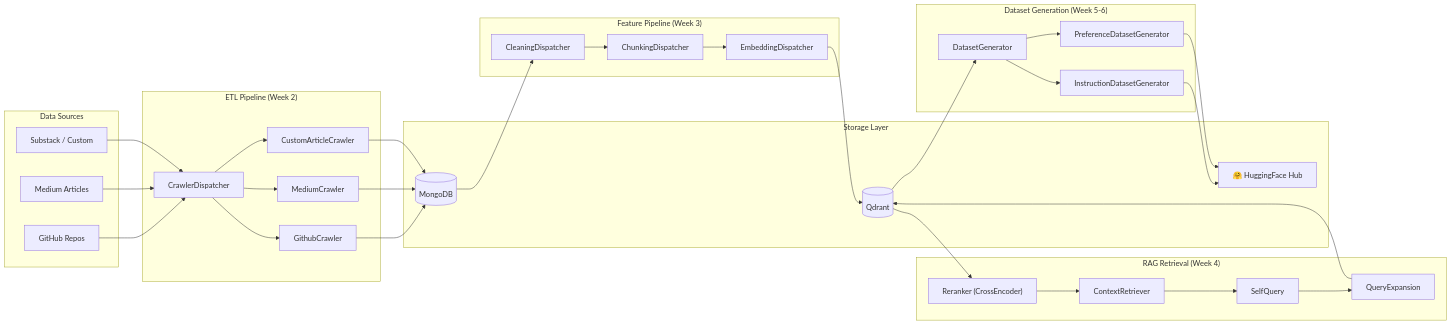
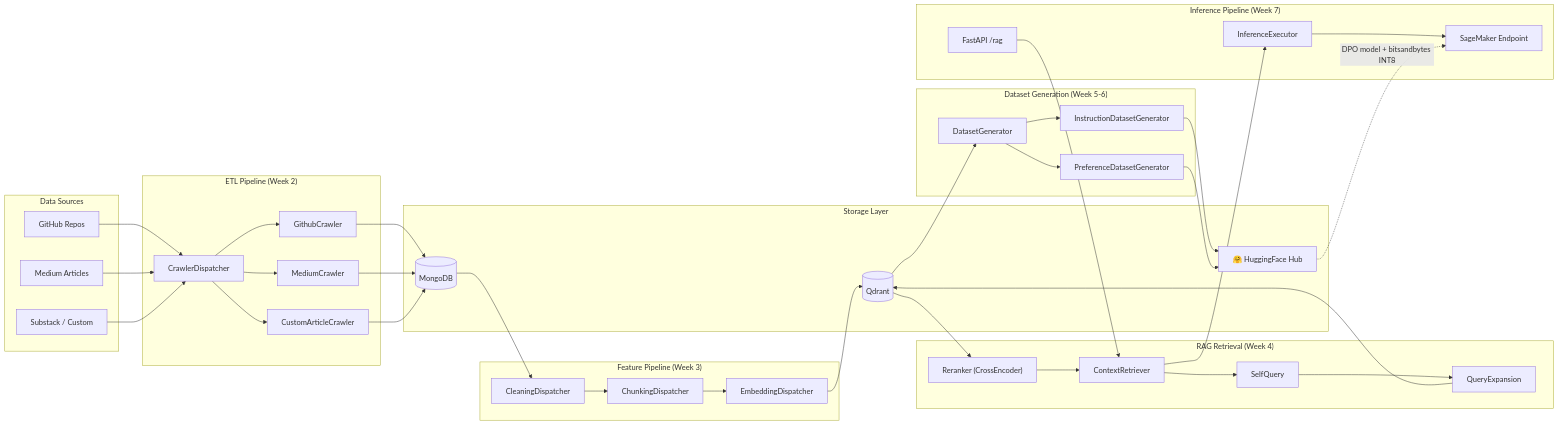
The first of 17 diagrams in README.md (sh-arka22/MoodSwarm-LLM), drawn with Mermaid before and after one commit. The commit also changed other lines of this file and 19 other files, not shown here.

First line of the commit message:
feat: add Week 7 Inference & Deployment curriculum with AWS Sagemaker

````diff
--- a/README.md
+++ b/README.md
@@ -23,53 +23,62 @@
 ```mermaid
 graph LR
     subgraph "Data Sources"
         GH["GitHub Repos"]
         MD["Medium Articles"]
         SS["Substack / Custom"]
     end
 
     subgraph "ETL Pipeline (Week 2)"
         D[CrawlerDispatcher]
         GC[GithubCrawler]
         MC[MediumCrawler]
         CC[CustomArticleCrawler]
     end
 
     subgraph "Feature Pipeline (Week 3)"
         Clean["CleaningDispatcher"]
         Chunk["ChunkingDispatcher"]
         Embed["EmbeddingDispatcher"]
     end
 
     subgraph "RAG Retrieval (Week 4)"
         CR["ContextRetriever"]
         SQ["SelfQuery"]
         QE["QueryExpansion"]
         RR["Reranker (CrossEncoder)"]
     end
 
     subgraph "Dataset Generation (Week 5-6)"
         DSG["DatasetGenerator"]
         IDG["InstructionDatasetGenerator"]
         PDG["PreferenceDatasetGenerator"]
     end
 
+    subgraph "Inference Pipeline (Week 7)"
+        API["FastAPI /rag"]
+        IE["InferenceExecutor"]
+        SM["SageMaker Endpoint"]
+    end
+
     subgraph "Storage Layer"
         Mongo[(MongoDB)]
         Qdrant[(Qdrant)]
         HF["🤗 HuggingFace Hub"]
     end
 
     GH --> D
     MD --> D
     SS --> D
     D --> GC --> Mongo
     D --> MC --> Mongo
     D --> CC --> Mongo
     Mongo --> Clean --> Chunk --> Embed --> Qdrant
     CR --> SQ --> QE --> Qdrant
     Qdrant --> RR --> CR
     Qdrant --> DSG
     DSG --> IDG --> HF
     DSG --> PDG --> HF
+    API --> CR
+    CR --> IE --> SM
+    HF -.->|"DPO model + bitsandbytes INT8"| SM
 ```
````
